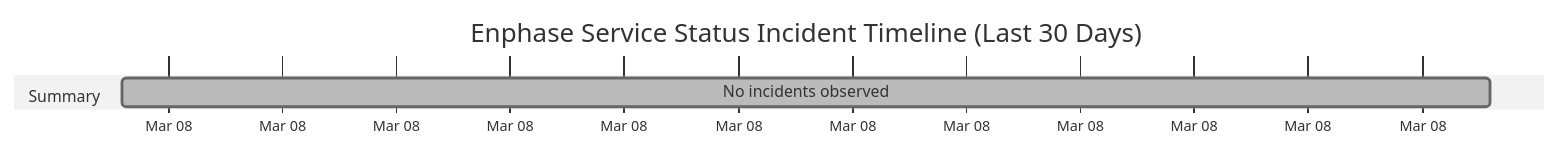
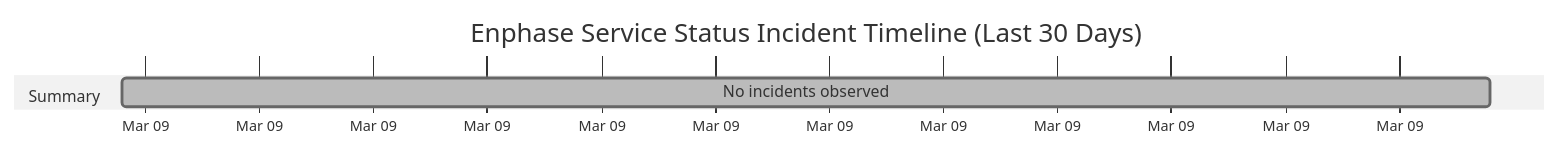
Before and after one commit to barneyonline/ha-enphase-ev-charger: the diagram in wiki/Service-Status-History.md, drawn with Mermaid (neutral theme). The commit also changed other lines of this file and 3 other files, not shown here.

````diff
--- a/wiki/Service-Status-History.md
+++ b/wiki/Service-Status-History.md
@@ -14,8 +14,8 @@
 ```mermaid
 gantt
     title Enphase Service Status Incident Timeline (Last 30 Days)
     dateFormat  YYYY-MM-DDTHH:mm:ss
     axisFormat  %b %d
     section Summary
-    No incidents observed :done, 2026-03-08T23:14:58, 1m
+    No incidents observed :done, 2026-03-09T01:15:24, 1m
 ```
````
